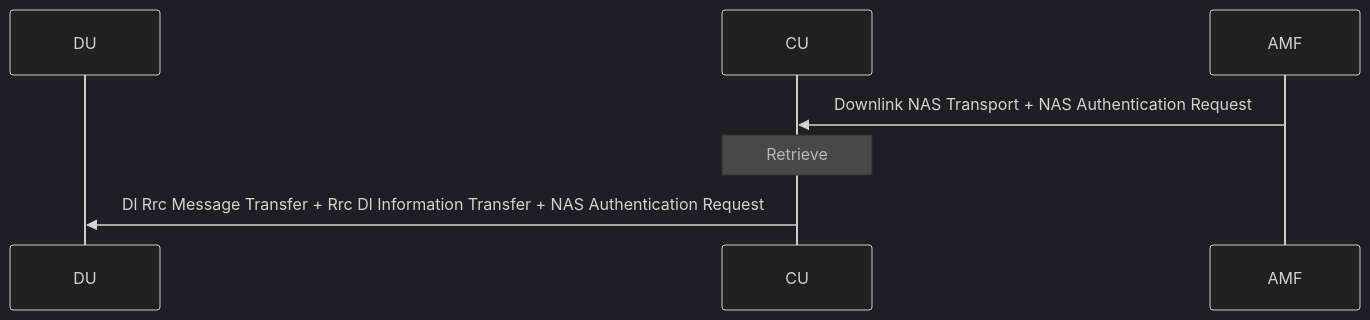
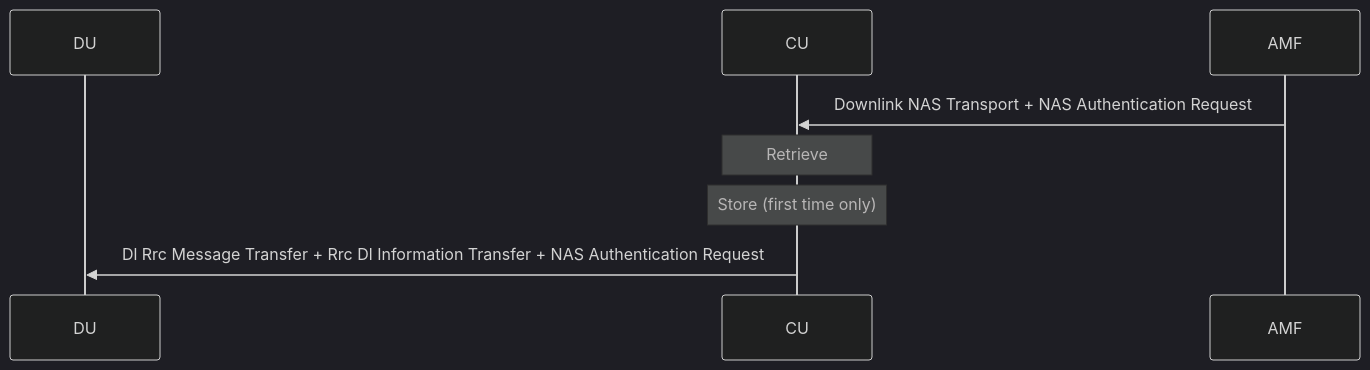
Before and after one commit to nplrkn/alsoran: the second of 4 diagrams in documentation/design/state.md, drawn with Mermaid (dark theme). The commit also changed other lines of this file and 8 other files, not shown here.

````diff
--- a/documentation/design/state.md
+++ b/documentation/design/state.md
@@ -35,9 +35,10 @@
 ```mermaid
 sequenceDiagram
   participant DU
   participant CU
   participant AMF
   AMF->>CU: Downlink NAS Transport + NAS Authentication Request
   Note over CU: Retrieve
+  Note over CU: Store (first time only)
   CU->>DU: Dl Rrc Message Transfer + Rrc Dl Information Transfer + NAS Authentication Request
 ```
````
